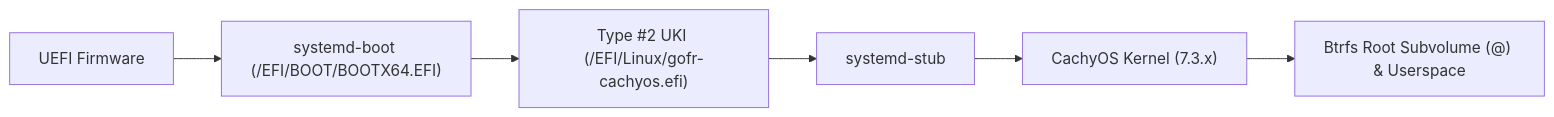
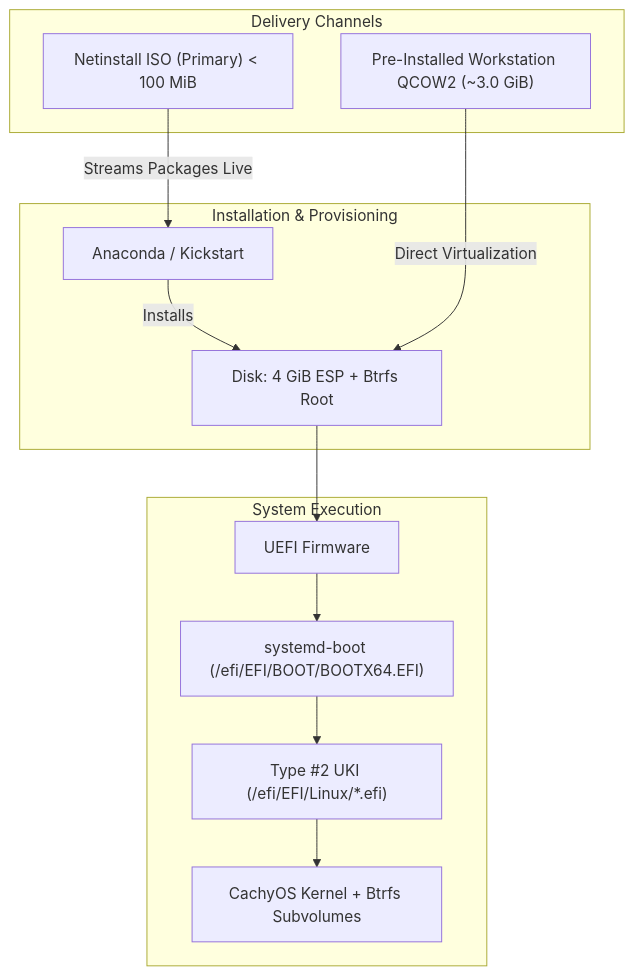
One commit to GlitchSlayed/GOFR changed the diagram in docs/ARCHITECTURE.md. Above: the diagram before and after it, drawn with Mermaid. The commit also changed other lines of this file and 5 other files, not shown here.

Commit message:
docs: comprehensive update covering Netinstall architecture, release engineering, and build procedures

````diff
--- a/docs/ARCHITECTURE.md
+++ b/docs/ARCHITECTURE.md
@@ -35,8 +26,20 @@
 ```mermaid
-flowchart LR
-    A["UEFI Firmware"] --> B["systemd-boot (/EFI/BOOT/BOOTX64.EFI)"]
-    B --> C["Type #2 UKI (/EFI/Linux/gofr-cachyos.efi)"]
-    C --> D["systemd-stub"]
-    D --> E["CachyOS Kernel (7.3.x)"]
-    E --> F["Btrfs Root Subvolume (@) & Userspace"]
+flowchart TD
+    subgraph Delivery Channels
+        A["Netinstall ISO (Primary) < 100 MiB"]
+        B["Pre-Installed Workstation QCOW2 (~3.0 GiB)"]
+    end
+
+    subgraph Installation & Provisioning
+        A -->|Streams Packages Live| C["Anaconda / Kickstart"]
+        C -->|Installs| D["Disk: 4 GiB ESP + Btrfs Root"]
+        B -->|Direct Virtualization| D
+    end
+
+    subgraph System Execution
+        D --> E["UEFI Firmware"]
+        E --> F["systemd-boot (/efi/EFI/BOOT/BOOTX64.EFI)"]
+        F --> G["Type #2 UKI (/efi/EFI/Linux/*.efi)"]
+        G --> H["CachyOS Kernel + Btrfs Subvolumes"]
+    end
 ```
````
